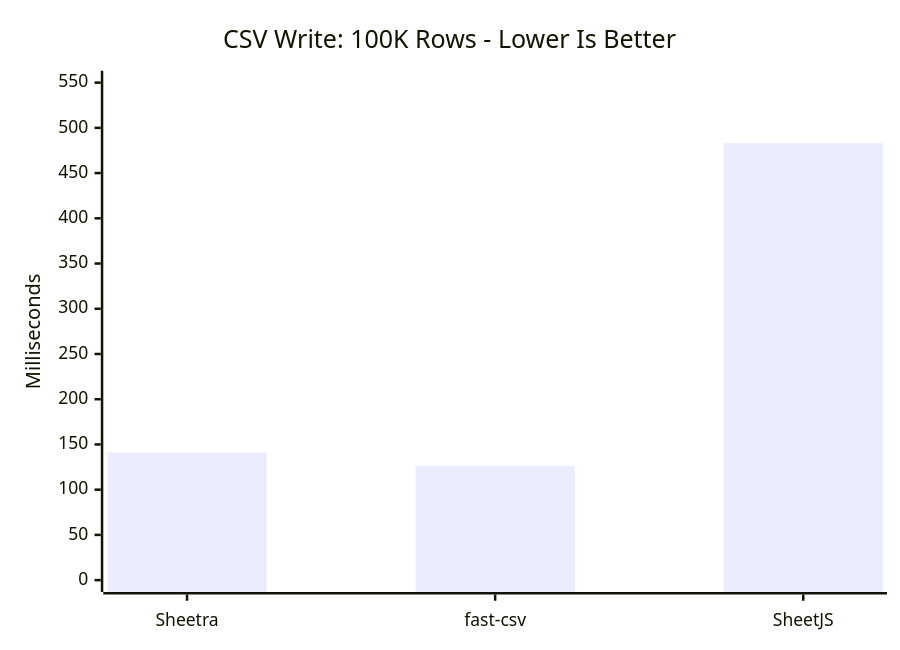
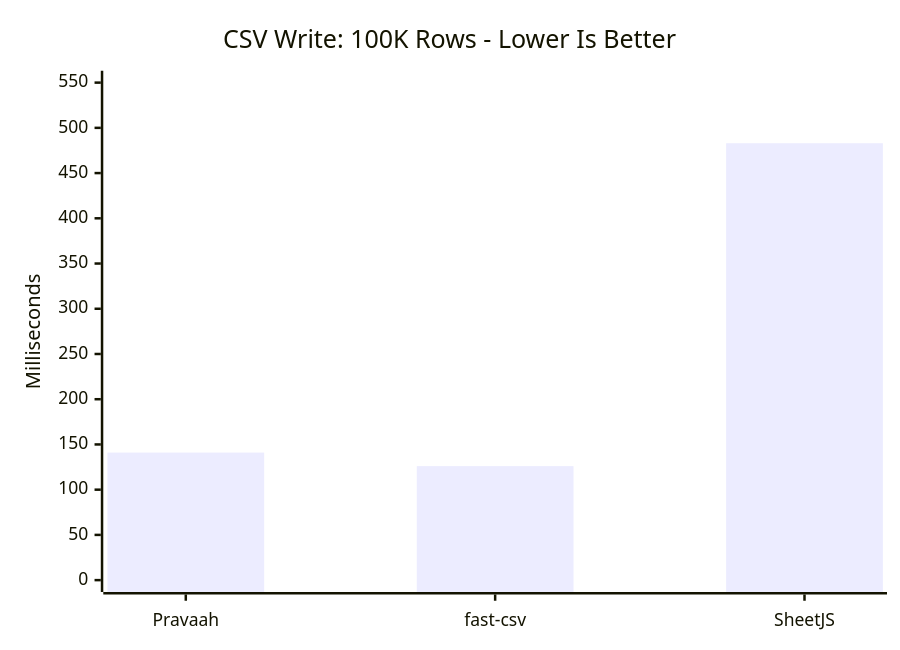
The third of 6 diagrams in README.md (beingmartinbmc/sheetra), drawn with Mermaid before and after one commit. The commit also changed other lines of this file and 20 other files, not shown here.

````diff
--- a/README.md
+++ b/README.md
@@ -548,7 +548,7 @@
 ```mermaid
 xychart-beta
   title "CSV Write: 100K Rows - Lower Is Better"
-  x-axis ["Sheetra", "fast-csv", "SheetJS"]
+  x-axis ["Pravaah", "fast-csv", "SheetJS"]
   y-axis "Milliseconds" 0 --> 550
   bar [141, 126, 483]
 ```
````
